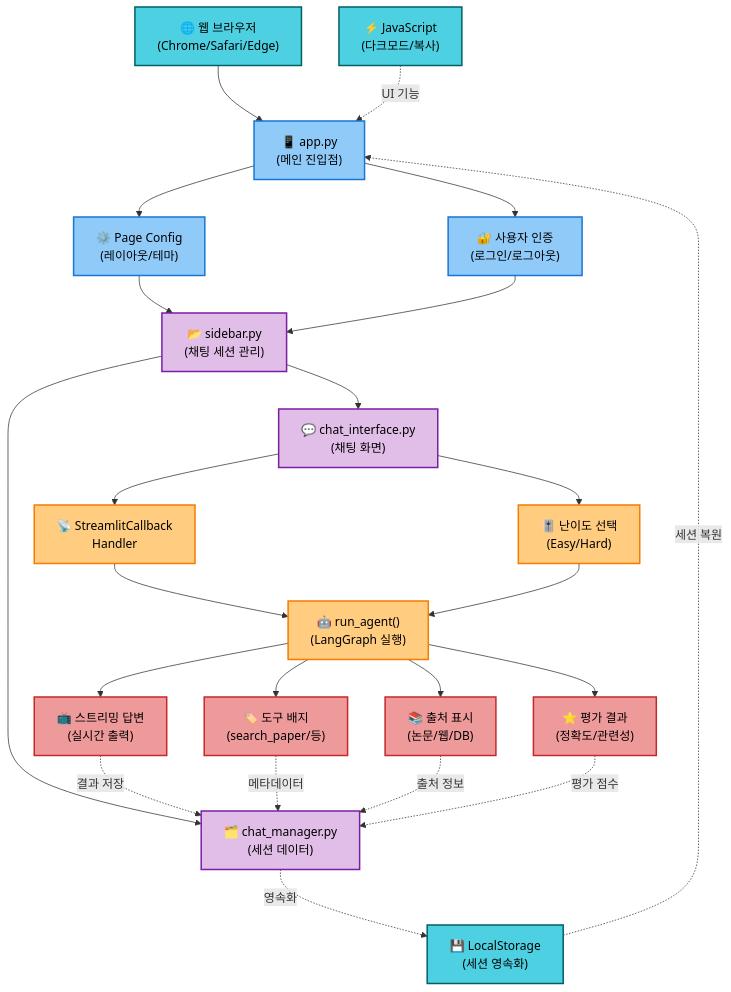
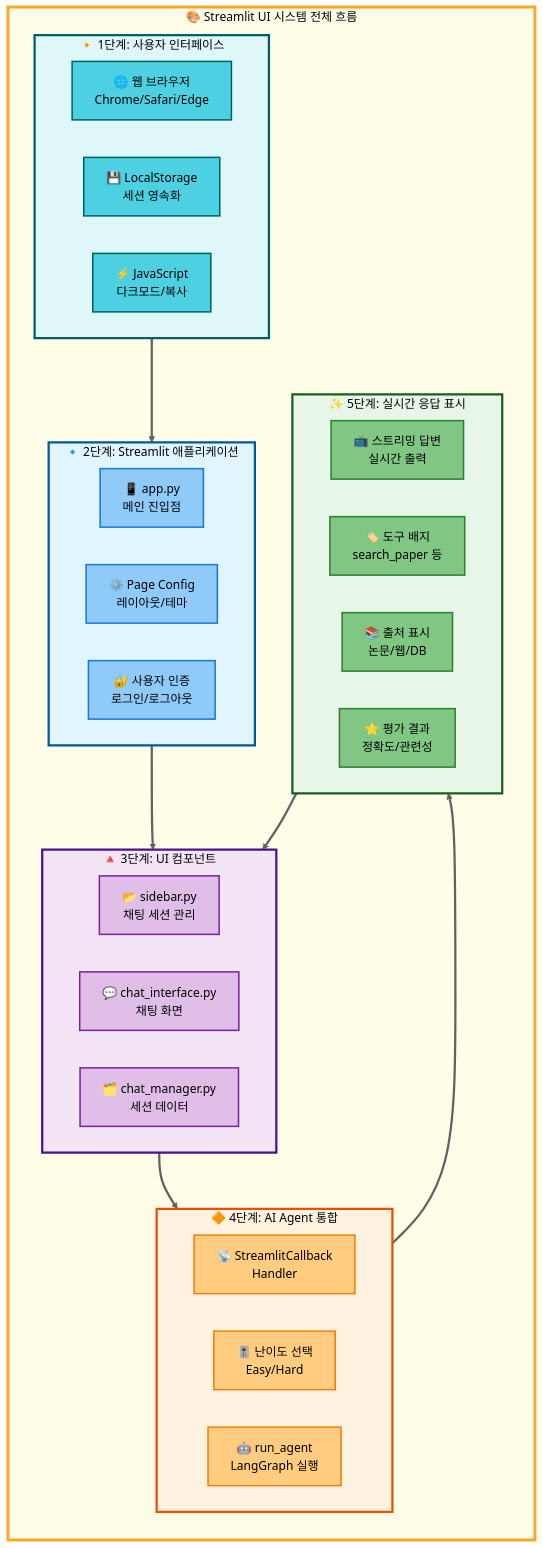
Before and after one commit to AIBootcamp14/langchainproject-new-langchainproject_5: the ninth of 12 diagrams in README.md, drawn with Mermaid. The commit also changed other lines of this file, not shown here.

First line of the commit message:
docs: Streamlit UI 시스템 섹션 Mermaid 다이어그램 표준화

````diff
--- a/README.md
+++ b/README.md
@@ -4517,60 +4517,92 @@
 ```mermaid
 graph TB
-    Browser["🌐 웹 브라우저<br/>(Chrome/Safari/Edge)"]:::stage1
-    LocalStorage["💾 LocalStorage<br/>(세션 영속화)"]:::stage1
-    JavaScript["⚡ JavaScript<br/>(다크모드/복사)"]:::stage1
+    subgraph MainFlow["🎨 Streamlit UI 시스템 전체 흐름"]
+        direction TB
 
-    AppPy["📱 app.py<br/>(메인 진입점)"]:::stage2
-    PageConfig["⚙️ Page Config<br/>(레이아웃/테마)"]:::stage2
-    Auth["🔐 사용자 인증<br/>(로그인/로그아웃)"]:::stage2
+        subgraph Stage1["🔸 1단계: 사용자 인터페이스"]
+            direction LR
+            Browser["🌐 웹 브라우저<br/>Chrome/Safari/Edge"]
+            LocalStorage["💾 LocalStorage<br/>세션 영속화"]
+            JavaScript["⚡ JavaScript<br/>다크모드/복사"]
+        end
 
-    Sidebar["📂 sidebar.py<br/>(채팅 세션 관리)"]:::stage3
-    ChatInterface["💬 chat_interface.py<br/>(채팅 화면)"]:::stage3
-    ChatManager["🗂️ chat_manager.py<br/>(세션 데이터)"]:::stage3
+        subgraph Stage2["🔹 2단계: Streamlit 애플리케이션"]
+            direction LR
+            AppPy["📱 app.py<br/>메인 진입점"]
+            PageConfig["⚙️ Page Config<br/>레이아웃/테마"]
+            Auth["🔐 사용자 인증<br/>로그인/로그아웃"]
+        end
 
-    StreamlitCallback["📡 StreamlitCallback<br/>Handler"]:::stage4
-    DifficultySelector["🎚️ 난이도 선택<br/>(Easy/Hard)"]:::stage4
-    AgentExecutor["🤖 run_agent()<br/>(LangGraph 실행)"]:::stage4
+        subgraph Stage3["🔺 3단계: UI 컴포넌트"]
+            direction LR
+            Sidebar["📂 sidebar.py<br/>채팅 세션 관리"]
+            ChatInterface["💬 chat_interface.py<br/>채팅 화면"]
+            ChatManager["🗂️ chat_manager.py<br/>세션 데이터"]
+        end
 
-    Streaming["📺 스트리밍 답변<br/>(실시간 출력)"]:::stage5
-    ToolBadge["🏷️ 도구 배지<br/>(search_paper/등)"]:::stage5
-    SourceDisplay["📚 출처 표시<br/>(논문/웹/DB)"]:::stage5
-    EvalDisplay["⭐ 평가 결과<br/>(정확도/관련성)"]:::stage5
+        subgraph Stage4["🔶 4단계: AI Agent 통합"]
+            direction LR
+            StreamlitCallback["📡 StreamlitCallback<br/>Handler"]
+            DifficultySelector["🎚️ 난이도 선택<br/>Easy/Hard"]
+            AgentExecutor["🤖 run_agent<br/>LangGraph 실행"]
+        end
 
-    Browser --> AppPy
-    LocalStorage -.->|"세션 복원"| AppPy
-    JavaScript -.->|"UI 기능"| AppPy
+        subgraph Stage5["✨ 5단계: 실시간 응답 표시"]
+            direction LR
+            Streaming["📺 스트리밍 답변<br/>실시간 출력"]
+            ToolBadge["🏷️ 도구 배지<br/>search_paper 등"]
+            SourceDisplay["📚 출처 표시<br/>논문/웹/DB"]
+            EvalDisplay["⭐ 평가 결과<br/>정확도/관련성"]
+        end
 
-    AppPy --> PageConfig
-    AppPy --> Auth
+        %% 단계 간 연결
+        Stage1 --> Stage2
+        Stage2 --> Stage3
+        Stage3 --> Stage4
+        Stage4 --> Stage5
+        Stage5 --> Stage3
+    end
 
-    PageConfig --> Sidebar
-    Auth --> Sidebar
+    %% MainFlow 래퍼 스타일
+    style MainFlow fill:#fffde7,stroke:#f9a825,stroke-width:4px,color:#000
 
-    Sidebar --> ChatInterface
-    Sidebar --> ChatManager
+    %% Subgraph 스타일
+    style Stage1 fill:#e0f7fa,stroke:#006064,stroke-width:3px,color:#000
+    style Stage2 fill:#e1f5ff,stroke:#01579b,stroke-width:3px,color:#000
+    style Stage3 fill:#f3e5f5,stroke:#4a148c,stroke-width:3px,color:#000
+    style Stage4 fill:#fff3e0,stroke:#e65100,stroke-width:3px,color:#000
+    style Stage5 fill:#e8f5e9,stroke:#1b5e20,stroke-width:3px,color:#000
 
-    ChatInterface --> StreamlitCallback
-    ChatInterface --> DifficultySelector
+    %% 노드 스타일 (1단계 - 청록 계열)
+    style Browser fill:#4dd0e1,stroke:#006064,stroke-width:2px,color:#000
+    style LocalStorage fill:#4dd0e1,stroke:#006064,stroke-width:2px,color:#000
+    style JavaScript fill:#4dd0e1,stroke:#006064,stroke-width:2px,color:#000
 
-    StreamlitCallback --> AgentExecutor
-    DifficultySelector --> AgentExecutor
+    %% 노드 스타일 (2단계 - 파랑 계열)
+    style AppPy fill:#90caf9,stroke:#1976d2,stroke-width:2px,color:#000
+    style PageConfig fill:#90caf9,stroke:#1976d2,stroke-width:2px,color:#000
+    style Auth fill:#90caf9,stroke:#1976d2,stroke-width:2px,color:#000
 
-    AgentExecutor --> Streaming
-    AgentExecutor --> ToolBadge
-    AgentExecutor --> SourceDisplay
-    AgentExecutor --> EvalDisplay
+    %% 노드 스타일 (3단계 - 보라 계열)
+    style Sidebar fill:#e1bee7,stroke:#7b1fa2,stroke-width:2px,color:#000
+    style ChatInterface fill:#e1bee7,stroke:#7b1fa2,stroke-width:2px,color:#000
+    style ChatManager fill:#e1bee7,stroke:#7b1fa2,stroke-width:2px,color:#000
 
-    Streaming -.->|"결과 저장"| ChatManager
-    ToolBadge -.->|"메타데이터"| ChatManager
-    SourceDisplay -.->|"출처 정보"| ChatManager
-    EvalDisplay -.->|"평가 점수"| ChatManager
+    %% 노드 스타일 (4단계 - 주황 계열)
+    style StreamlitCallback fill:#ffcc80,stroke:#f57c00,stroke-width:2px,color:#000
+    style DifficultySelector fill:#ffcc80,stroke:#f57c00,stroke-width:2px,color:#000
+    style AgentExecutor fill:#ffcc80,stroke:#f57c00,stroke-width:2px,color:#000
 
-    ChatManager -.->|"영속화"| LocalStorage
+    %% 노드 스타일 (5단계 - 녹색 계열)
+    style Streaming fill:#81c784,stroke:#2e7d32,stroke-width:2px,color:#000
+    style ToolBadge fill:#81c784,stroke:#2e7d32,stroke-width:2px,color:#000
+    style SourceDisplay fill:#81c784,stroke:#2e7d32,stroke-width:2px,color:#000
+    style EvalDisplay fill:#81c784,stroke:#2e7d32,stroke-width:2px,color:#000
 
-    classDef stage1 fill:#4dd0e1,stroke:#006064,stroke-width:2px,color:#000
-    classDef stage2 fill:#90caf9,stroke:#1976d2,stroke-width:2px,color:#000
-    classDef stage3 fill:#e1bee7,stroke:#7b1fa2,stroke-width:2px,color:#000
-    classDef stage4 fill:#ffcc80,stroke:#f57c00,stroke-width:2px,color:#000
-    classDef stage5 fill:#ef9a9a,stroke:#c62828,stroke-width:2px,color:#000
+    %% 단계 간 연결선 스타일 (회색)
+    linkStyle 0 stroke:#616161,stroke-width:3px
+    linkStyle 1 stroke:#616161,stroke-width:3px
+    linkStyle 2 stroke:#616161,stroke-width:3px
+    linkStyle 3 stroke:#616161,stroke-width:3px
+    linkStyle 4 stroke:#616161,stroke-width:3px
 ```
````
